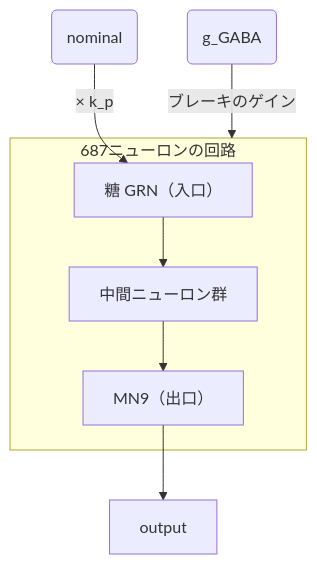
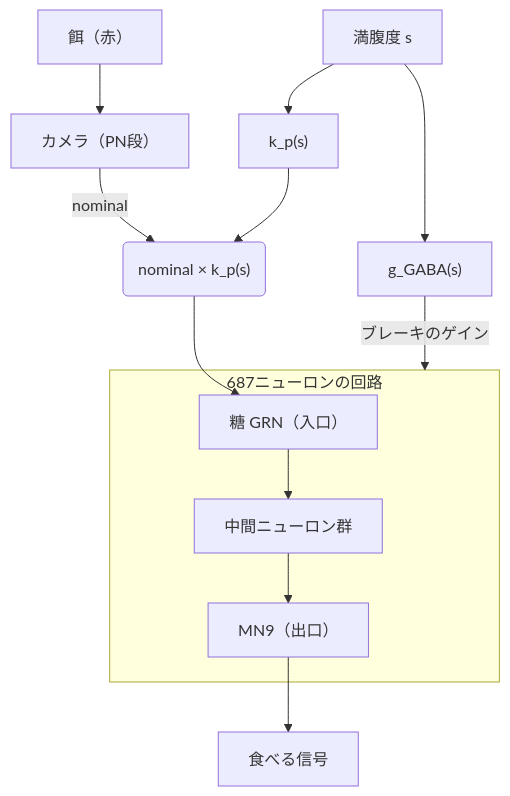
Before and after one commit to hamling-ling/fly-forager: the diagram in src/flyforager_q/README.md, drawn with Mermaid.

Commit message:
数理モデル：構造図を更新（k_p(s)・g_GABA(s) とカメラを追加）

````diff
--- a/src/flyforager_q/README.md
+++ b/src/flyforager_q/README.md
@@ -136,14 +136,19 @@
 ```mermaid
 flowchart TD
-    nominal(nominal) -->|× k_p| GRN
-    g_gaba(g_GABA) -->|ブレーキのゲイン| circuit
+    food["餌（赤）"] --> camera["カメラ（PN段）"]
+    camera -->|nominal| drive("nominal × k_p(s)")
+    s["満腹度 s"] --> kp["k_p(s)"]
+    s --> ggaba["g_GABA(s)"]
+    kp --> drive
+    drive --> GRN
+    ggaba -->|ブレーキのゲイン| circuit
 
     subgraph circuit["687ニューロンの回路"]
         GRN["糖 GRN（入口）"]
         neurons["中間ニューロン群"]
         MN9["MN9（出口）"]
         GRN --> neurons --> MN9
     end
 
-    MN9 --> output
+    MN9 --> output["食べる信号"]
 ```
````
